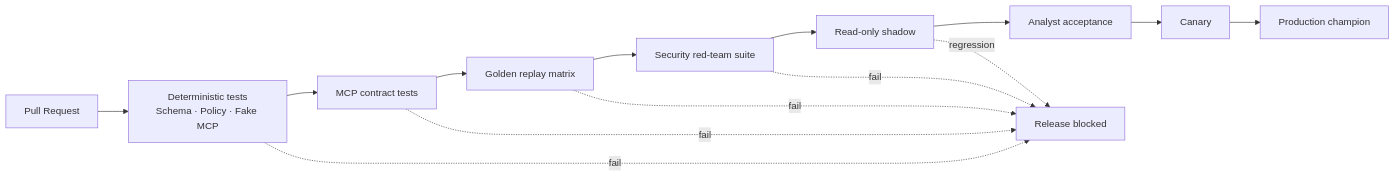
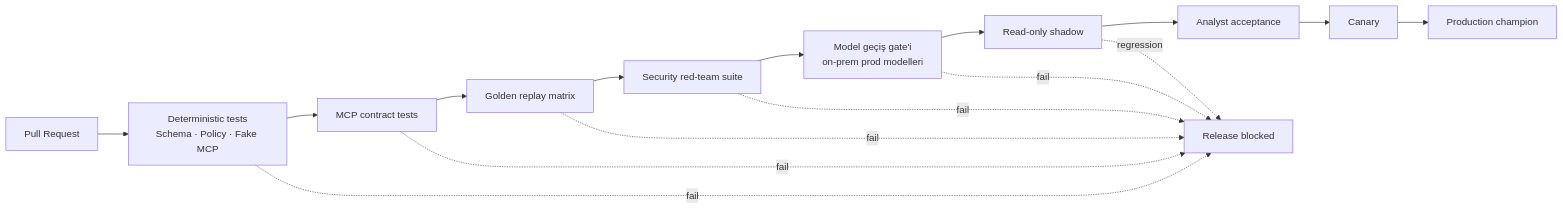
The third of 3 diagrams in docs/agent-harness.md (wiemBe/ais0c), drawn with Mermaid before and after one commit. The commit also changed other lines of this file and 43 other files, not shown here.

````diff
--- a/docs/agent-harness.md
+++ b/docs/agent-harness.md
@@ -272,17 +334,19 @@
 ```mermaid
 flowchart LR
     PR["Pull Request"] --> UNIT["Deterministic tests<br/>Schema · Policy · Fake MCP"]
     UNIT --> CONTRACT["MCP contract tests"]
     CONTRACT --> REPLAY["Golden replay matrix"]
     REPLAY --> RED["Security red-team suite"]
-    RED --> SHADOW["Read-only shadow"]
+    RED --> GATE["Model geçiş gate'i<br/>on-prem prod modelleri"]
+    GATE --> SHADOW["Read-only shadow"]
     SHADOW --> REVIEW["Analyst acceptance"]
     REVIEW --> CANARY["Canary"]
     CANARY --> PROD["Production champion"]
 
     UNIT -. fail .-> STOP["Release blocked"]
     CONTRACT -. fail .-> STOP
     REPLAY -. fail .-> STOP
     RED -. fail .-> STOP
+    GATE -. fail .-> STOP
     SHADOW -. regression .-> STOP
 ```
````
